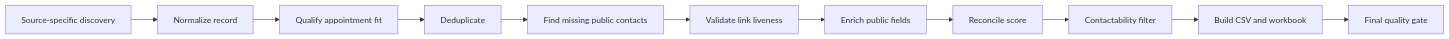
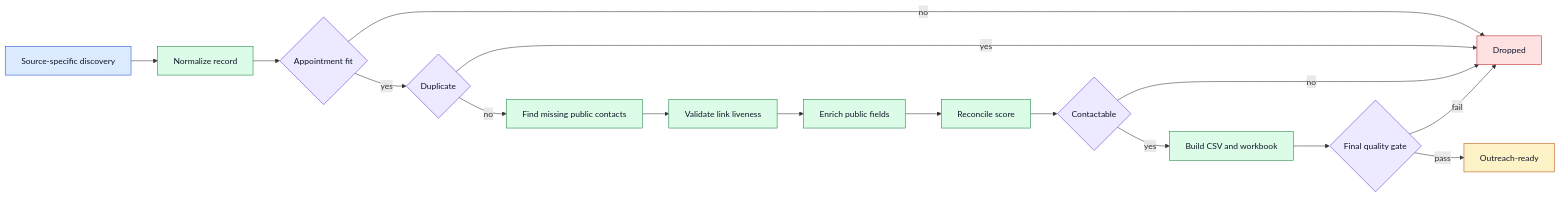
Before and after one commit to a3s5jj/dental-lead-qualification-case-study: the diagram in README.md, drawn with Mermaid.

Commit message:
Improve README flow diagram accuracy and legibility
Correct the architecture the diagram describes, and add a shared semantic
palette that specifies fill, stroke and text color together so labels stay
readable in both GitHub light and dark themes.

````diff
--- a/README.md
+++ b/README.md
@@ -27,13 +27,29 @@
 ```mermaid
 flowchart LR
   A[Source-specific discovery] --> B[Normalize record]
-  B --> C[Qualify appointment fit]
-  C --> D[Deduplicate]
-  D --> E[Find missing public contacts]
+  B --> C{Appointment fit}
+  C -->|no| X[Dropped]
+  C -->|yes| D{Duplicate}
+  D -->|yes| X
+  D -->|no| E[Find missing public contacts]
   E --> F[Validate link liveness]
   F --> G[Enrich public fields]
   G --> H[Reconcile score]
-  H --> I[Contactability filter]
-  I --> J[Build CSV and workbook]
-  J --> K[Final quality gate]
+  H --> I{Contactable}
+  I -->|no| X
+  I -->|yes| J[Build CSV and workbook]
+  J --> K{Final quality gate}
+  K -->|fail| X
+  K -->|pass| L[Outreach-ready]
+
+  classDef entry fill:#dbeafe,stroke:#1d4ed8,color:#0f172a
+  classDef ai fill:#ede9fe,stroke:#6d28d9,color:#0f172a
+  classDef logic fill:#dcfce7,stroke:#15803d,color:#0f172a
+  classDef ext fill:#fef3c7,stroke:#b45309,color:#0f172a
+  classDef stop fill:#fee2e2,stroke:#b91c1c,color:#0f172a
+  class A entry
+  class C,D,I,K ai
+  class B,E,F,G,H,J logic
+  class L ext
+  class X stop
 ```
````
